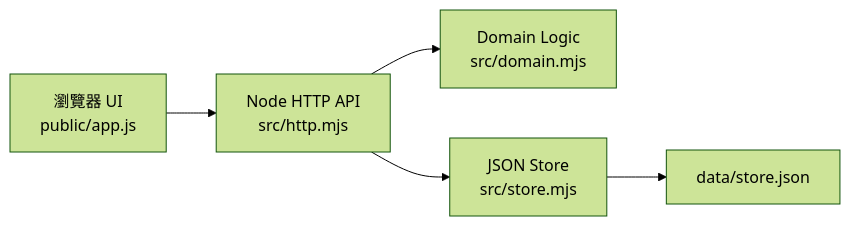
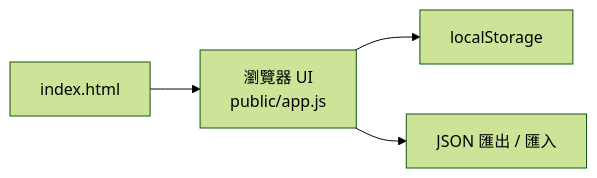
One commit to llamadayo/mis-manager changed the diagram in README.md. Above: the diagram before and after it, drawn with Mermaid (forest theme). The commit also changed other lines of this file and 3 other files, not shown here.

````diff
--- a/README.md
+++ b/README.md
@@ -117,7 +72,6 @@
 ```mermaid
 flowchart LR
-  Browser["瀏覽器 UI<br>public/app.js"] --> API["Node HTTP API<br>src/http.mjs"]
-  API --> Domain["Domain Logic<br>src/domain.mjs"]
-  API --> Store["JSON Store<br>src/store.mjs"]
-  Store --> File["data/store.json"]
+  File["index.html"] --> Browser["瀏覽器 UI<br>public/app.js"]
+  Browser --> Storage["localStorage"]
+  Browser --> Backup["JSON 匯出 / 匯入"]
 ```
````
